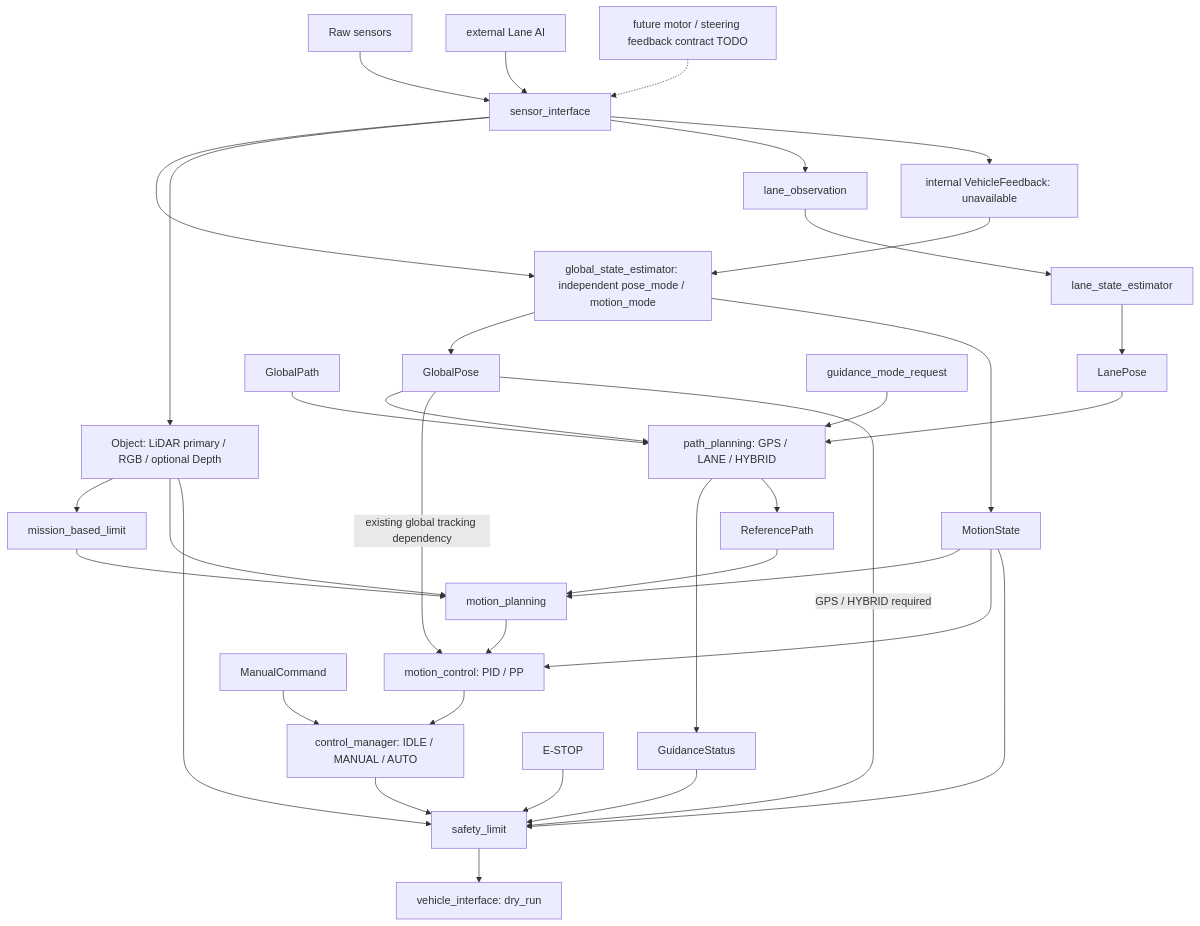
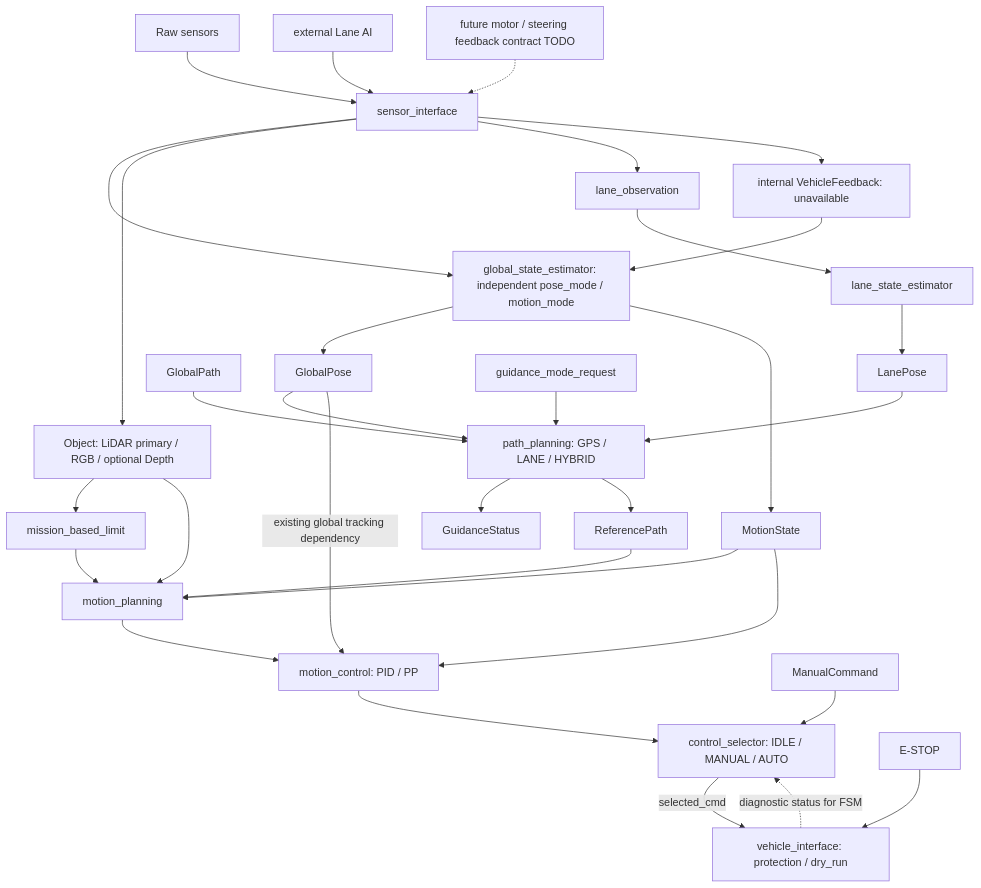
One commit to planta223/control_manager changed the second of 4 diagrams in doc/guidance_modes.md. Above: the diagram before and after it, drawn with Mermaid. The commit also changed other lines of this file and 24 other files, not shown here.

Commit message:
control selector 이름변경 및 safety limit 기능이전

````diff
--- a/doc/guidance_modes.md
+++ b/doc/guidance_modes.md
@@ -42,38 +39,34 @@
 ```mermaid
 flowchart TD
   S[Raw sensors] --> SI[sensor_interface]
   SI --> E[global_state_estimator: independent pose_mode / motion_mode]
   E --> GP[GlobalPose]
   E --> MS[MotionState]
   SI --> O[Object: LiDAR primary / RGB / optional Depth]
   GP --> P[path_planning: GPS / LANE / HYBRID]
   G[GlobalPath] --> P
   L[external Lane AI] --> SI
   SI --> LO[lane_observation]
   LO --> LE[lane_state_estimator]
   LE --> LS[LanePose]
   LS --> P
   FB[future motor / steering feedback contract TODO] -.-> SI
   SI --> VF[internal VehicleFeedback: unavailable]
   VF --> E
   QG[guidance_mode_request] --> P
   P --> GS[GuidanceStatus]
   P --> RP[ReferencePath]
   RP --> MP[motion_planning]
   MS --> MP
   O --> M[mission_based_limit]
   O --> MP
   M --> MP
   MP --> MC[motion_control: PID / PP]
   MS --> MC
   GP -->|existing global tracking dependency| MC
-  MC --> CM[control_manager: IDLE / MANUAL / AUTO]
+  MC --> CM[control_selector: IDLE / MANUAL / AUTO]
   U[ManualCommand] --> CM
-  CM --> SL[safety_limit]
-  GS --> SL
-  MS --> SL
-  GP -->|GPS / HYBRID required| SL
-  O --> SL
-  ES[E-STOP] --> SL
-  SL --> VI[vehicle_interface: dry_run]
+  CM -->|selected_cmd| VI[vehicle_interface: protection / dry_run]
+  ES[E-STOP] --> VI
+  VI -.->|diagnostic status for FSM| CM
 ```
````
